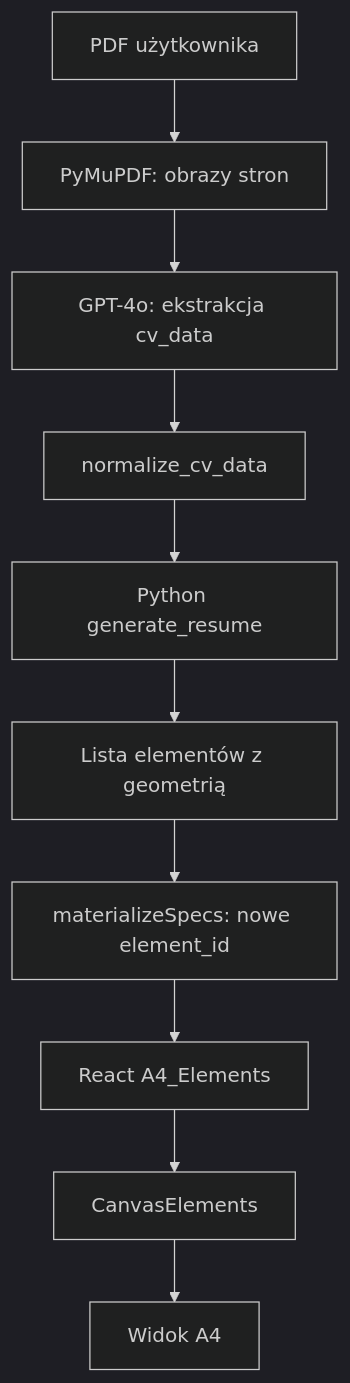
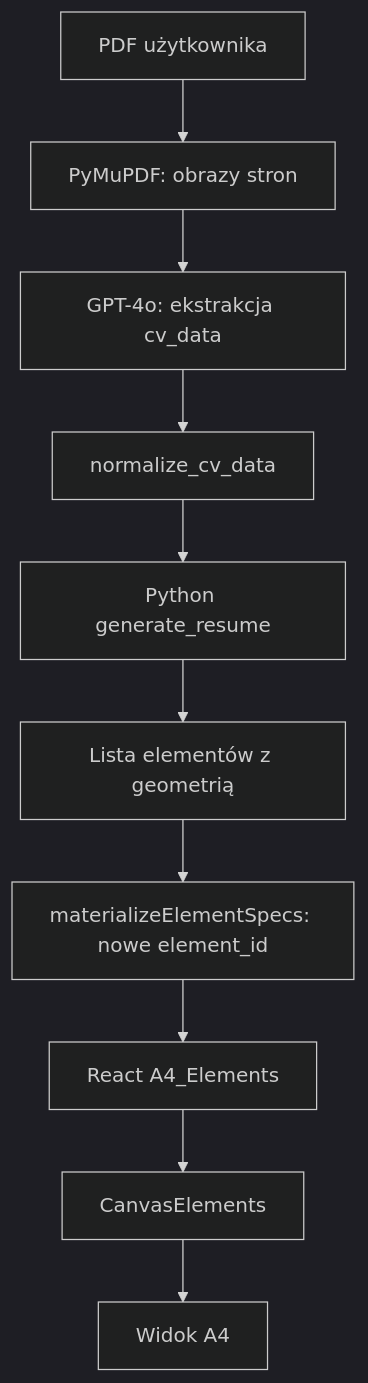
The first of 5 diagrams in CANVA.md (kamilwrz/pdf-generator), drawn with Mermaid (dark theme) before and after one commit. The commit also changed other lines of this file and 71 other files, not shown here.

````diff
--- a/CANVA.md
+++ b/CANVA.md
@@ -1516,12 +1516,12 @@
 ```mermaid
 flowchart TD
     A[PDF użytkownika] --> B[PyMuPDF: obrazy stron]
     B --> C[GPT-4o: ekstrakcja cv_data]
     C --> D[normalize_cv_data]
     D --> E[Python generate_resume]
     E --> F[Lista elementów z geometrią]
-    F --> G[materializeSpecs: nowe element_id]
+    F --> G[materializeElementSpecs: nowe element_id]
     G --> H[React A4_Elements]
     H --> I[CanvasElements]
     I --> J[Widok A4]
 ```
````
